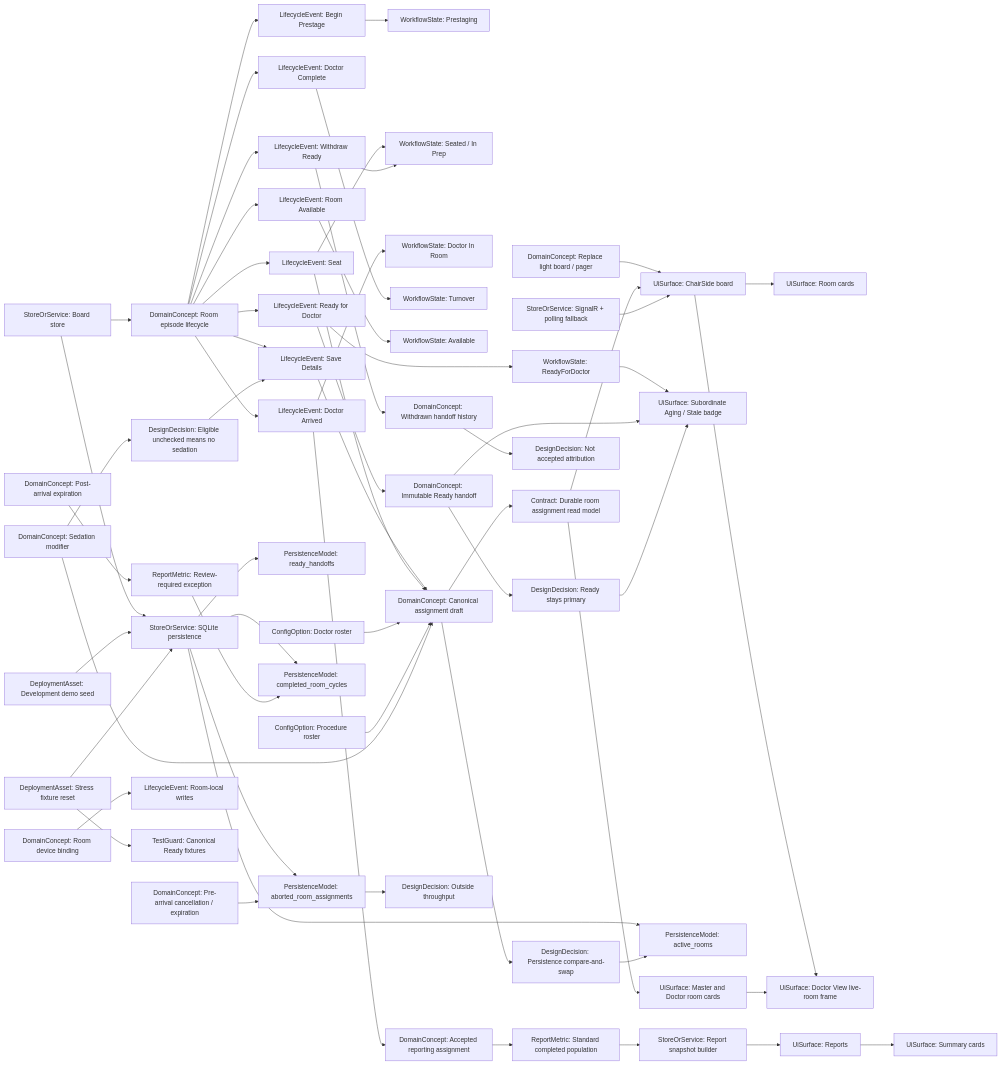
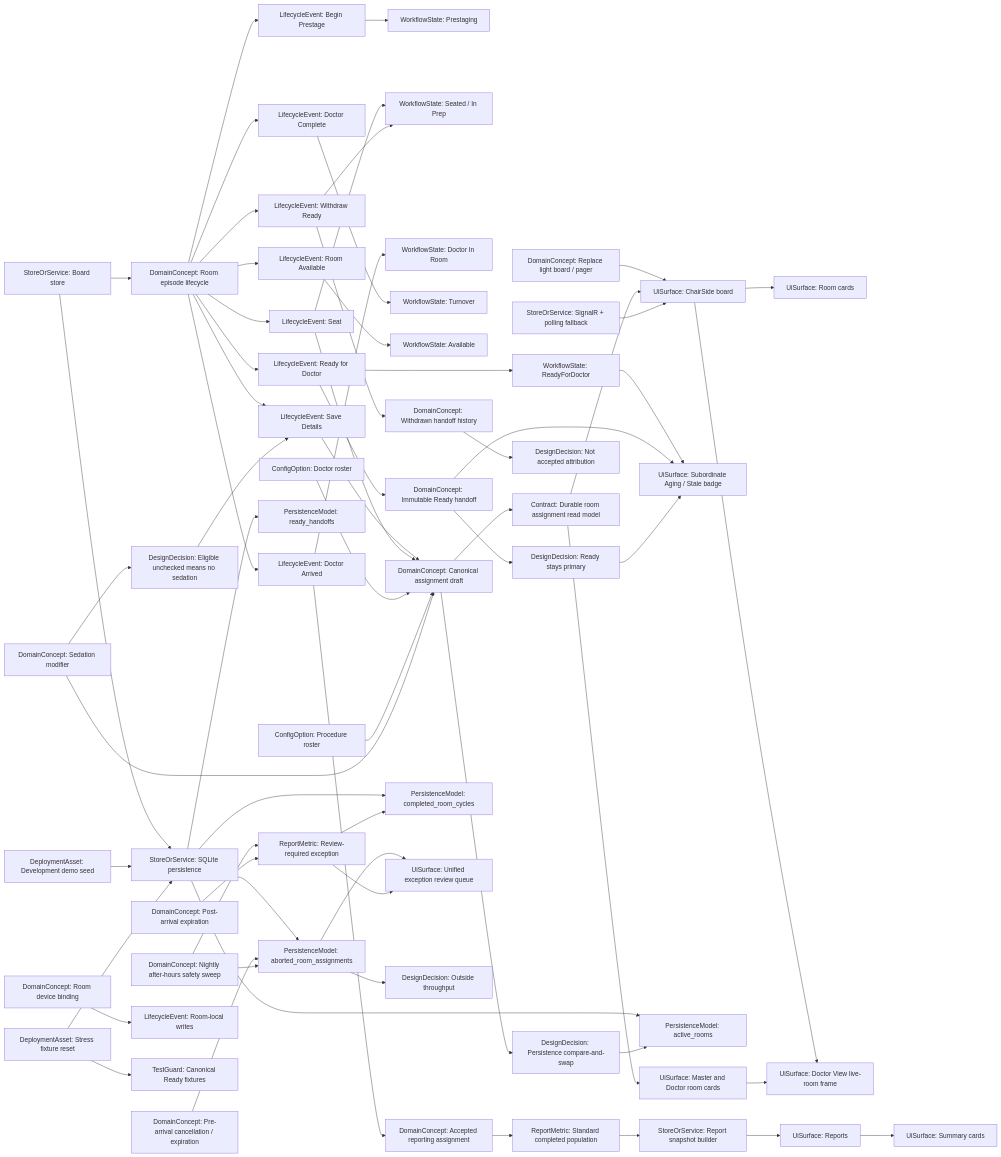
Before and after one commit to binary0rb/ChairSide: the diagram in docs/knowledge-graph/chairside.graph.md, drawn with Mermaid. The commit also changed other lines of this file and 16 other files, not shown here.

First line of the commit message:
Make after-hours sweep safely retryable (#137)

````diff
--- a/docs/knowledge-graph/chairside.graph.md
+++ b/docs/knowledge-graph/chairside.graph.md
@@ -7,69 +7,73 @@
 ```mermaid
 flowchart LR
     LightBoardReplacement["DomainConcept: Replace light board / pager"] --> BoardUi["UiSurface: ChairSide board"]
     BoardUi --> RoomCards["UiSurface: Room cards"]
     BoardUi --> DoctorView["UiSurface: Doctor read-only view"]
 
     RoomLifecycle["DomainConcept: Room episode lifecycle"] --> BeginPrestage["LifecycleEvent: Begin Prestage"]
     RoomLifecycle --> SaveDetails["LifecycleEvent: Save Details"]
     RoomLifecycle --> Seat["LifecycleEvent: Seat"]
     RoomLifecycle --> Ready["LifecycleEvent: Ready for Doctor"]
     RoomLifecycle --> Withdraw["LifecycleEvent: Withdraw Ready"]
     RoomLifecycle --> DoctorArrived["LifecycleEvent: Doctor Arrived"]
     RoomLifecycle --> DoctorComplete["LifecycleEvent: Doctor Complete"]
     RoomLifecycle --> RoomAvailable["LifecycleEvent: Room Available"]
 
     BeginPrestage --> Prestaging["WorkflowState: Prestaging"]
     Seat --> Seated["WorkflowState: Seated / In Prep"]
     Ready --> ReadyState["WorkflowState: ReadyForDoctor"]
     ReadyState --> ReadyUrgency["DomainConcept: Ready urgency None / Aging / Stale"]
     Withdraw --> Seated
     DoctorArrived --> InRoom["WorkflowState: Doctor In Room"]
     DoctorComplete --> Turnover["WorkflowState: Turnover"]
     RoomAvailable --> Available["WorkflowState: Available"]
 
     SaveDetails --> CanonicalAssignment["DomainConcept: Canonical assignment draft"]
     Seat --> CanonicalAssignment
     CanonicalAssignment --> CasGuard["DesignDecision: Persistence compare-and-swap"]
     Ready --> ReadyHandoff["DomainConcept: Immutable Ready handoff"]
     ReadyHandoff --> ReadyUrgency
     Withdraw --> WithdrawnHandoff["DomainConcept: Withdrawn handoff history"]
     DoctorArrived --> AcceptedHandoff["DomainConcept: Accepted reporting assignment"]
 
     BoardStore["StoreOrService: Board store"] --> RoomLifecycle
     BoardStore --> Persistence["StoreOrService: SQLite persistence"]
     Persistence --> ActiveRooms["PersistenceModel: active_rooms"]
     Persistence --> Handoffs["PersistenceModel: ready_handoffs"]
     Persistence --> Aborts["PersistenceModel: aborted_room_assignments"]
     Persistence --> Cycles["PersistenceModel: completed_room_cycles"]
     CasGuard --> ActiveRooms
 
     PreArrivalTermination["DomainConcept: Pre-arrival cancellation / expiration"] --> Aborts
+    AfterHoursSweep["DomainConcept: Nightly after-hours safety sweep"] --> Aborts
+    AfterHoursSweep --> ReviewException
     PostArrivalExpiration["DomainConcept: Post-arrival expiration"] --> ReviewException["ReportMetric: Review-required exception"]
     ReviewException --> Cycles
+    Aborts --> UnifiedReview["UiSurface: Unified exception review queue"]
+    ReviewException --> UnifiedReview
 
     Reports["UiSurface: Reports"] --> SummaryCards["UiSurface: Summary cards"]
     ReportsBuilder["StoreOrService: Report snapshot builder"] --> Reports
     AcceptedHandoff --> StandardPopulation["ReportMetric: Standard completed population"]
     StandardPopulation --> ReportsBuilder
     WithdrawnHandoff --> AuditOnly["DesignDecision: Not accepted attribution"]
     Aborts --> OutsideThroughput["DesignDecision: Outside throughput"]
 
     DoctorRoster["ConfigOption: Doctor roster"] --> CanonicalAssignment
     ProcedureRoster["ConfigOption: Procedure roster"] --> CanonicalAssignment
     SedationModifier["DomainConcept: Sedation modifier"] --> CanonicalAssignment
     SedationModifier --> OptionalSedation["DesignDecision: Eligible unchecked means no sedation"]
     OptionalSedation --> SaveDetails
     CanonicalAssignment --> RoomReadModel["Contract: Durable room assignment read model"]
     RoomReadModel --> BoardUi
     RoomReadModel --> SharedRoomCards["UiSurface: Master and Doctor room cards"]
     ReadyHandoff --> ReadyPrimary["DesignDecision: Ready stays primary"]
     ReadyPrimary --> ReadyUrgency["UiSurface: Subordinate Aging / Stale badge"]
     SharedRoomCards --> DoctorView["UiSurface: Doctor View live-room frame"]
     DeviceBinding["DomainConcept: Room device binding"] --> Mutations["LifecycleEvent: Room-local writes"]
     Realtime["StoreOrService: SignalR + polling fallback"] --> BoardUi
 
     DevelopmentSeed["DeploymentAsset: Development demo seed"] --> Persistence
     MaintenanceReset["DeploymentAsset: Stress fixture reset"] --> Persistence
     MaintenanceReset --> CanonicalFixtures["TestGuard: Canonical Ready fixtures"]
 ```
````
